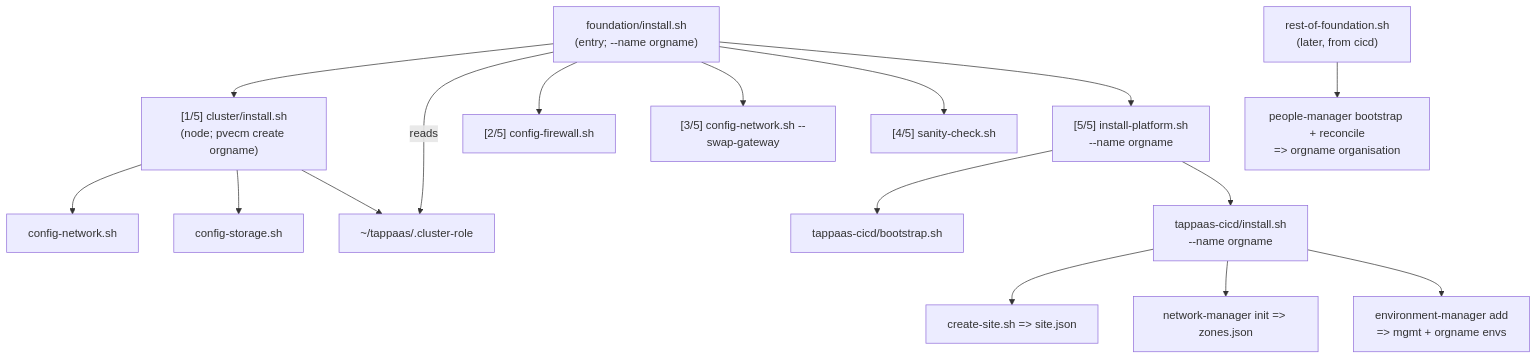
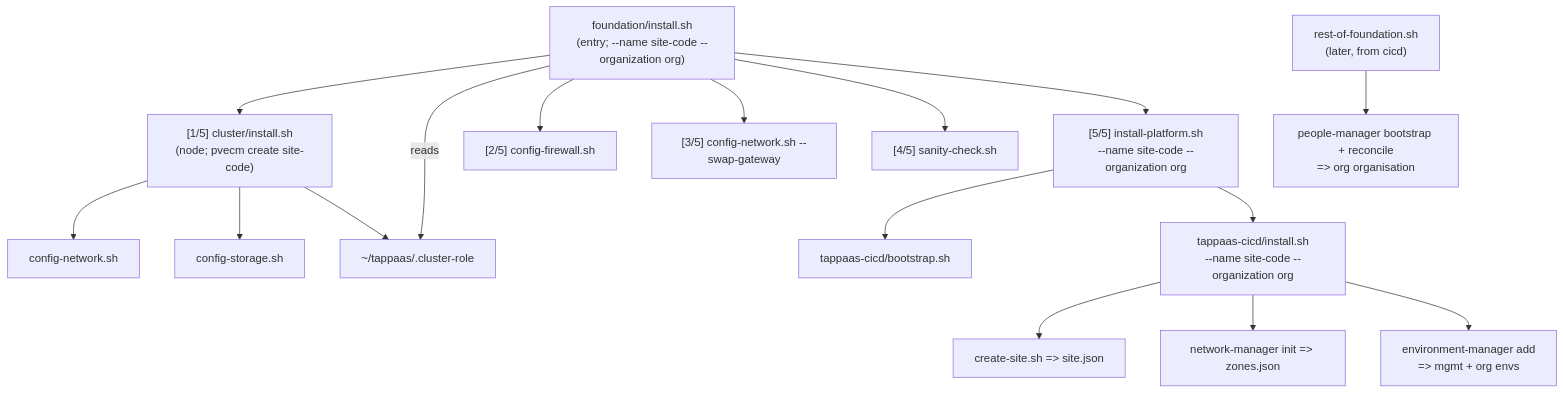
One commit to TAPPaaS/TAPPaaS changed the first of 6 diagrams in src/foundation/DEPENDENCIES.md. Above: the diagram before and after it, drawn with Mermaid. The commit also changed other lines of this file and 7 other files, not shown here.

Commit message:
fix(install): default --organization silently; document the two-name install

````diff
--- a/src/foundation/DEPENDENCIES.md
+++ b/src/foundation/DEPENDENCIES.md
@@ -252,18 +253,18 @@
 ```mermaid
 graph TD
-    FI["foundation/install.sh<br/>(entry; --name orgname)"] --> CI["[1/5] cluster/install.sh<br/>(node; pvecm create orgname)"]
+    FI["foundation/install.sh<br/>(entry; --name site-code --organization org)"] --> CI["[1/5] cluster/install.sh<br/>(node; pvecm create site-code)"]
     CI --> CN["config-network.sh"]
     CI --> CS["config-storage.sh"]
     CI --> ROLE["~/tappaas/.cluster-role"]
     FI -->|reads| ROLE
     FI --> FW["[2/5] config-firewall.sh"]
     FI --> CUT["[3/5] config-network.sh --swap-gateway"]
     FI --> SAN["[4/5] sanity-check.sh"]
-    FI --> IP["[5/5] install-platform.sh<br/>--name orgname"]
+    FI --> IP["[5/5] install-platform.sh<br/>--name site-code --organization org"]
     IP --> BS["tappaas-cicd/bootstrap.sh"]
-    IP --> CICD["tappaas-cicd/install.sh<br/>--name orgname"]
+    IP --> CICD["tappaas-cicd/install.sh<br/>--name site-code --organization org"]
     CICD --> CSITE["create-site.sh => site.json"]
     CICD --> ZI["network-manager init => zones.json"]
-    CICD --> CME["environment-manager add<br/>=> mgmt + orgname envs"]
-    ROF["rest-of-foundation.sh<br/>(later, from cicd)"] --> US["people-manager bootstrap + reconcile<br/>=> orgname organisation"]
+    CICD --> CME["environment-manager add<br/>=> mgmt + org envs"]
+    ROF["rest-of-foundation.sh<br/>(later, from cicd)"] --> US["people-manager bootstrap + reconcile<br/>=> org organisation"]
 ```
````
